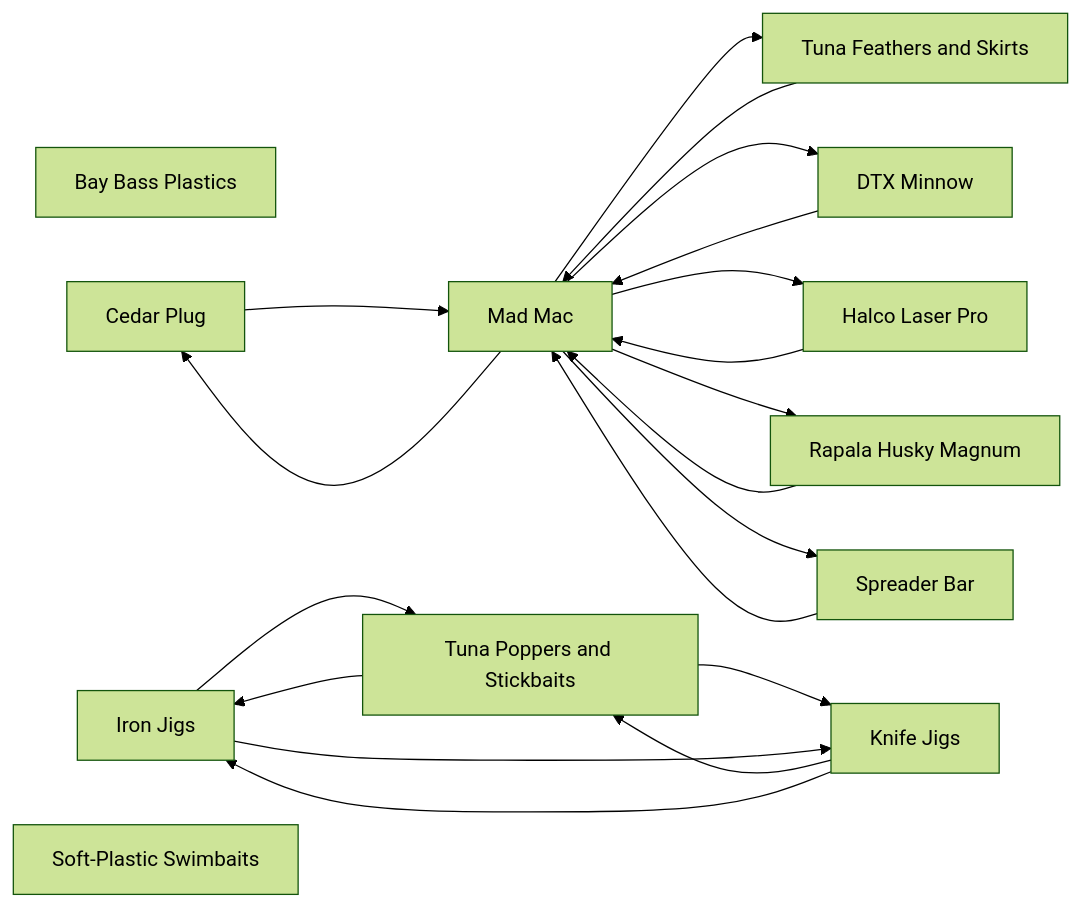
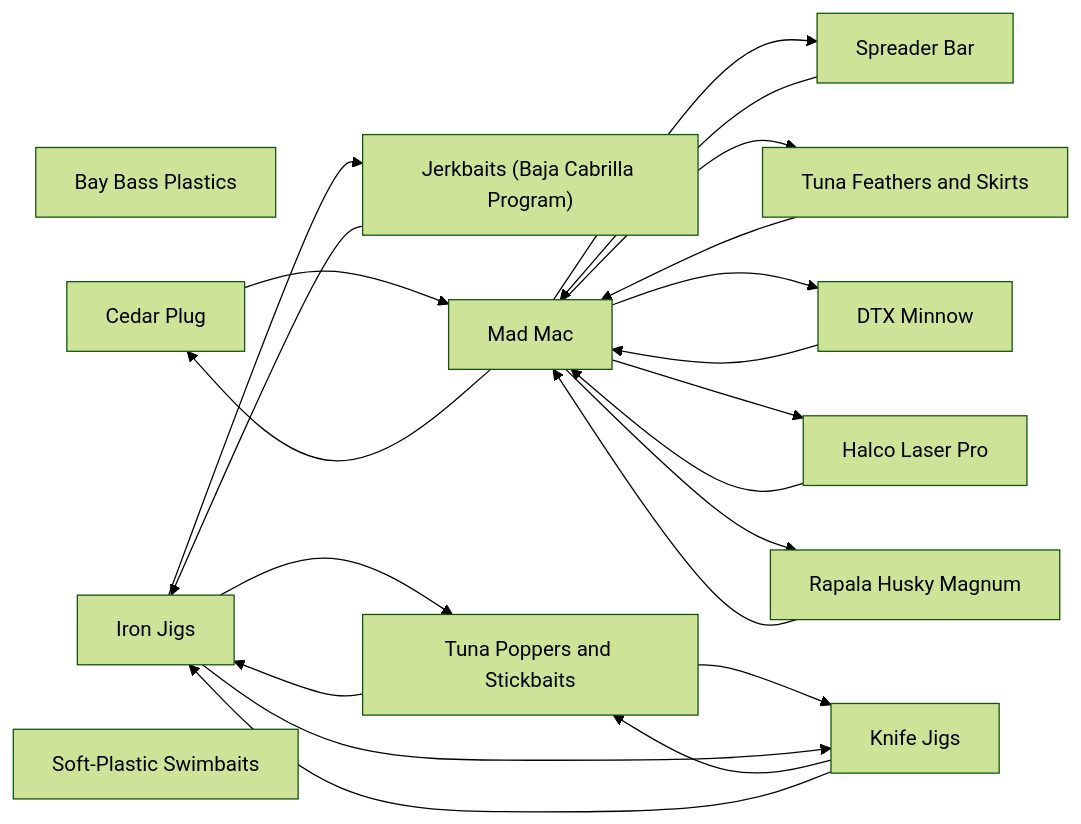
One commit to camchuckpete-max/Socal-Fishing-Knowledge changed the diagram in lures/README.md. Above: the diagram before and after it, drawn with Mermaid (forest theme). The commit also changed other lines of this file and 11 other files, not shown here.

First line of the commit message:
Recover EmZO8QiOfik (cabrilla): new cabrilla router + jerkbaits note

````diff
--- a/lures/README.md
+++ b/lures/README.md
@@ -25,33 +26,36 @@
 ```mermaid
 graph LR
   n0["Bay Bass Plastics"]
   n1["Cedar Plug"]
   n2["DTX Minnow"]
   n3["Halco Laser Pro"]
   n4["Iron Jigs"]
-  n5["Knife Jigs"]
-  n6["Mad Mac"]
-  n7["Rapala Husky Magnum"]
-  n8["Soft-Plastic Swimbaits"]
-  n9["Spreader Bar"]
-  n10["Tuna Feathers and Skirts"]
-  n11["Tuna Poppers and Stickbaits"]
-  n1 --> n6
-  n10 --> n6
-  n11 --> n4
-  n11 --> n5
-  n2 --> n6
-  n3 --> n6
-  n4 --> n11
+  n5["Jerkbaits (Baja Cabrilla Program)"]
+  n6["Knife Jigs"]
+  n7["Mad Mac"]
+  n8["Rapala Husky Magnum"]
+  n9["Soft-Plastic Swimbaits"]
+  n10["Spreader Bar"]
+  n11["Tuna Feathers and Skirts"]
+  n12["Tuna Poppers and Stickbaits"]
+  n1 --> n7
+  n10 --> n7
+  n11 --> n7
+  n12 --> n4
+  n12 --> n6
+  n2 --> n7
+  n3 --> n7
+  n4 --> n12
   n4 --> n5
-  n5 --> n11
+  n4 --> n6
   n5 --> n4
-  n6 --> n1
-  n6 --> n10
-  n6 --> n2
-  n6 --> n3
-  n6 --> n7
-  n6 --> n9
-  n7 --> n6
-  n9 --> n6
+  n6 --> n12
+  n6 --> n4
+  n7 --> n1
+  n7 --> n10
+  n7 --> n11
+  n7 --> n2
+  n7 --> n3
+  n7 --> n8
+  n8 --> n7
 ```
````
